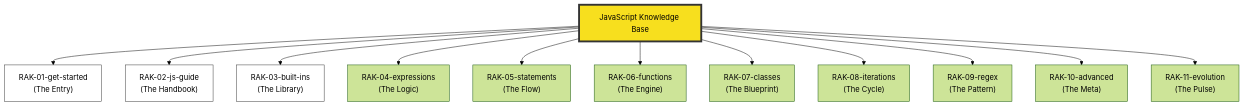
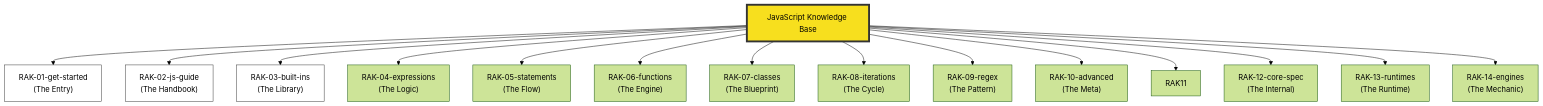
One commit to syahputrawork98-sketch/JavaScript-Knowledge-Base changed the diagram in README.md. Above: the diagram before and after it, drawn with Mermaid (forest theme). The commit also changed other lines of this file and 28 other files, not shown here.

````diff
--- a/README.md
+++ b/README.md
@@ -10,23 +10,25 @@
 ```mermaid
 graph TD
     Root["JavaScript Knowledge Base"]
     
     RAK01["RAK-01-get-started<br/>(The Entry)"]
     RAK02["RAK-02-js-guide<br/>(The Handbook)"]
     RAK03["RAK-03-built-ins<br/>(The Library)"]
     RAK04["RAK-04-expressions<br/>(The Logic)"]
     RAK05["RAK-05-statements<br/>(The Flow)"]
     RAK06["RAK-06-functions<br/>(The Engine)"]
     RAK07["RAK-07-classes<br/>(The Blueprint)"]
     RAK08["RAK-08-iterations<br/>(The Cycle)"]
     RAK09["RAK-09-regex<br/>(The Pattern)"]
     RAK10["RAK-10-advanced<br/>(The Meta)"]
-    RAK11["RAK-11-evolution<br/>(The Pulse)"]
+    RAK12["RAK-12-core-spec<br/>(The Internal)"]
+    RAK13["RAK-13-runtimes<br/>(The Runtime)"]
+    RAK14["RAK-14-engines<br/>(The Mechanic)"]
     
-    Root --> RAK01 & RAK02 & RAK03 & RAK04 & RAK05 & RAK06 & RAK07 & RAK08 & RAK09 & RAK10 & RAK11
+    Root --> RAK01 & RAK02 & RAK03 & RAK04 & RAK05 & RAK06 & RAK07 & RAK08 & RAK09 & RAK10 & RAK11 & RAK12 & RAK13 & RAK14
     
     style Root fill:#f7df1e,stroke:#333,stroke-width:4px,color:#000
     style RAK01 fill:#fff,stroke:#333
     style RAK02 fill:#fff,stroke:#333
     style RAK03 fill:#fff,stroke:#333
 ```
````
